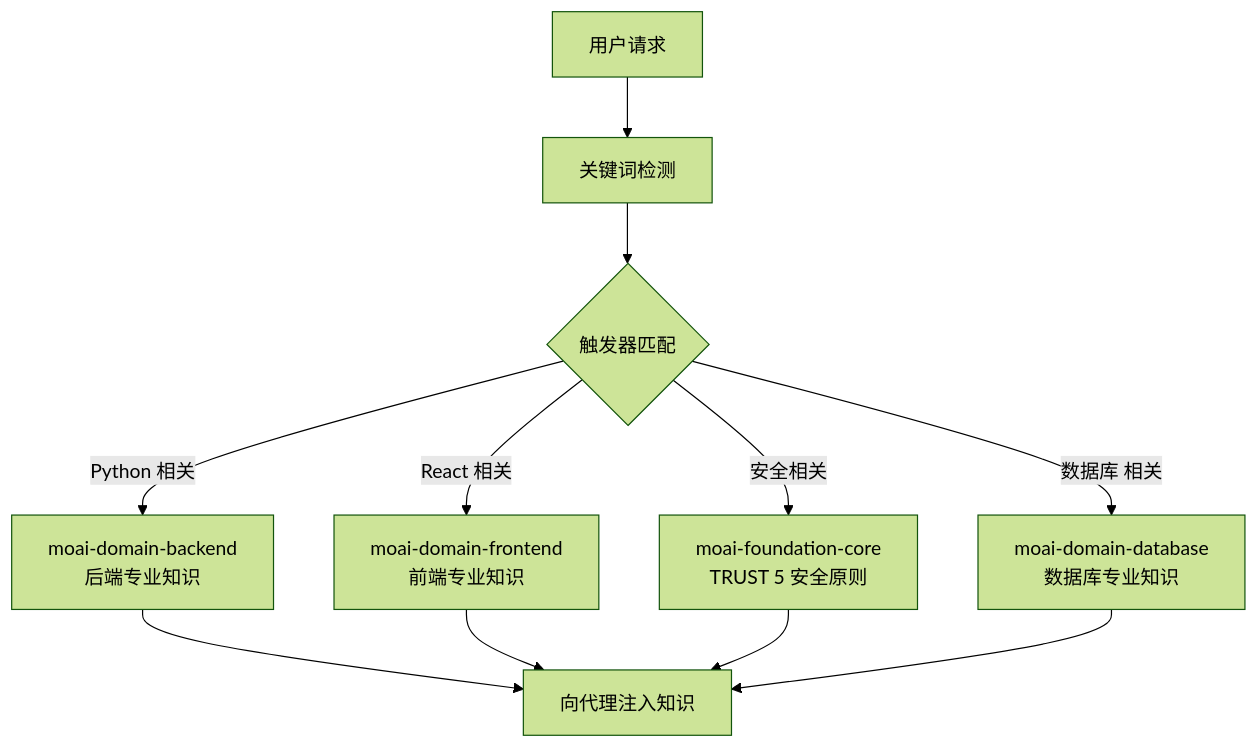
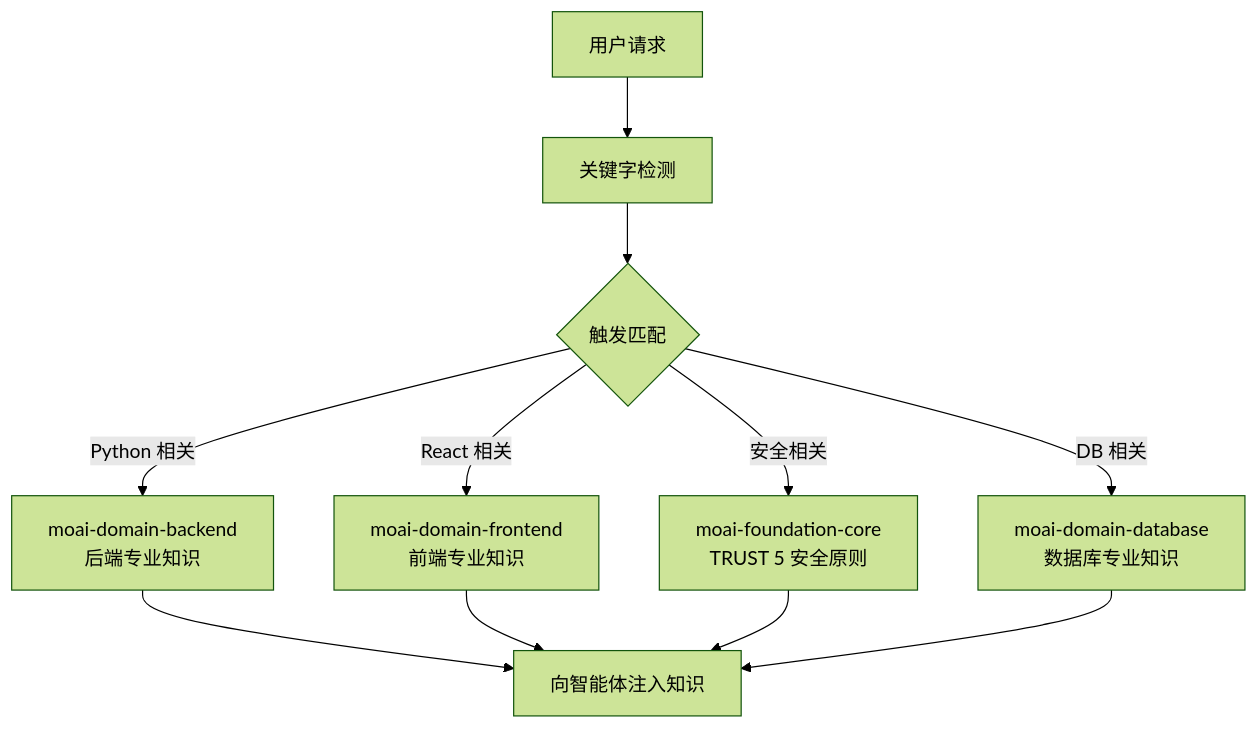
The first of 4 diagrams in docs-site/content/zh/advanced/skill-guide.md (modu-ai/moai-adk), drawn with Mermaid (forest theme) before and after one commit. The commit also changed other lines of this file and 395 other files, not shown here.

````diff
--- a/docs-site/content/zh/advanced/skill-guide.md
+++ b/docs-site/content/zh/advanced/skill-guide.md
@@ -41,14 +37,14 @@
 ```mermaid
 flowchart TD
-    USER[用户请求] --> DETECT[关键词检测]
-    DETECT --> TRIGGER{触发器匹配}
+    USER[用户请求] --> DETECT[关键字检测]
+    DETECT --> TRIGGER{触发匹配}
     TRIGGER -->|Python 相关| PY["moai-domain-backend<br>后端专业知识"]
     TRIGGER -->|React 相关| FE["moai-domain-frontend<br>前端专业知识"]
     TRIGGER -->|安全相关| SEC["moai-foundation-core<br>TRUST 5 安全原则"]
-    TRIGGER -->|数据库 相关| DB["moai-domain-database<br>数据库专业知识"]
+    TRIGGER -->|DB 相关| DB["moai-domain-database<br>数据库专业知识"]
 
-    PY --> AGENT[向代理注入知识]
+    PY --> AGENT[向智能体注入知识]
     FE --> AGENT
     SEC --> AGENT
     DB --> AGENT
 ```
````
